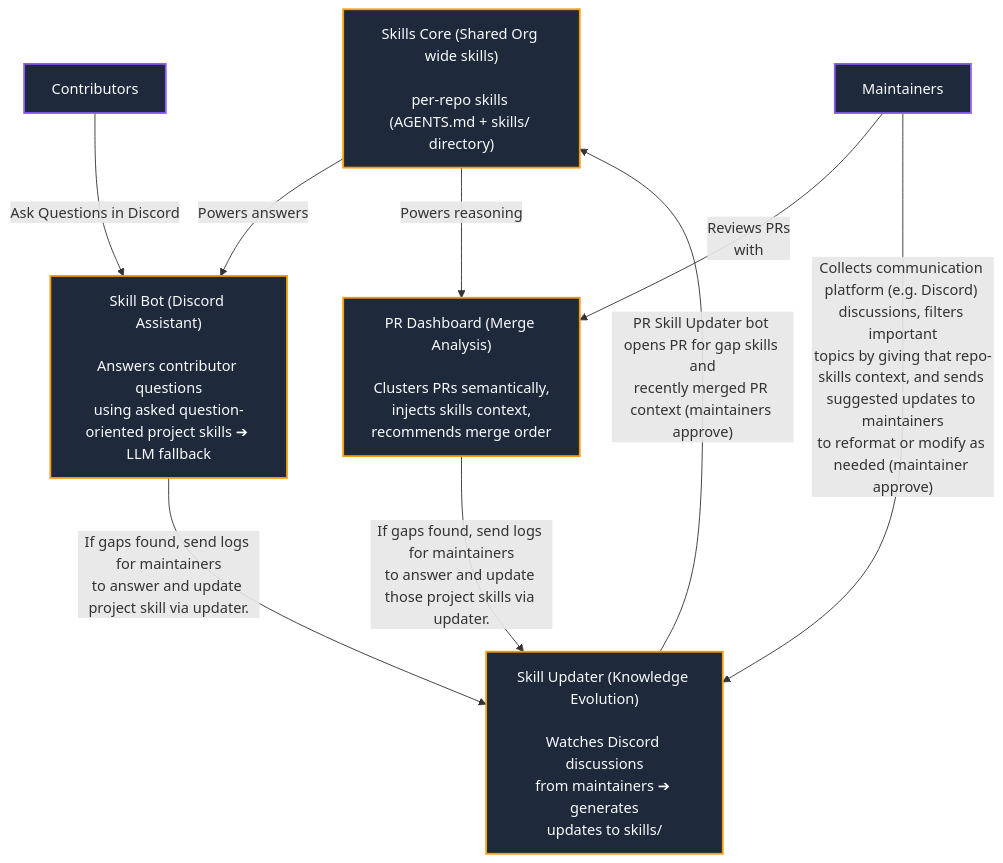
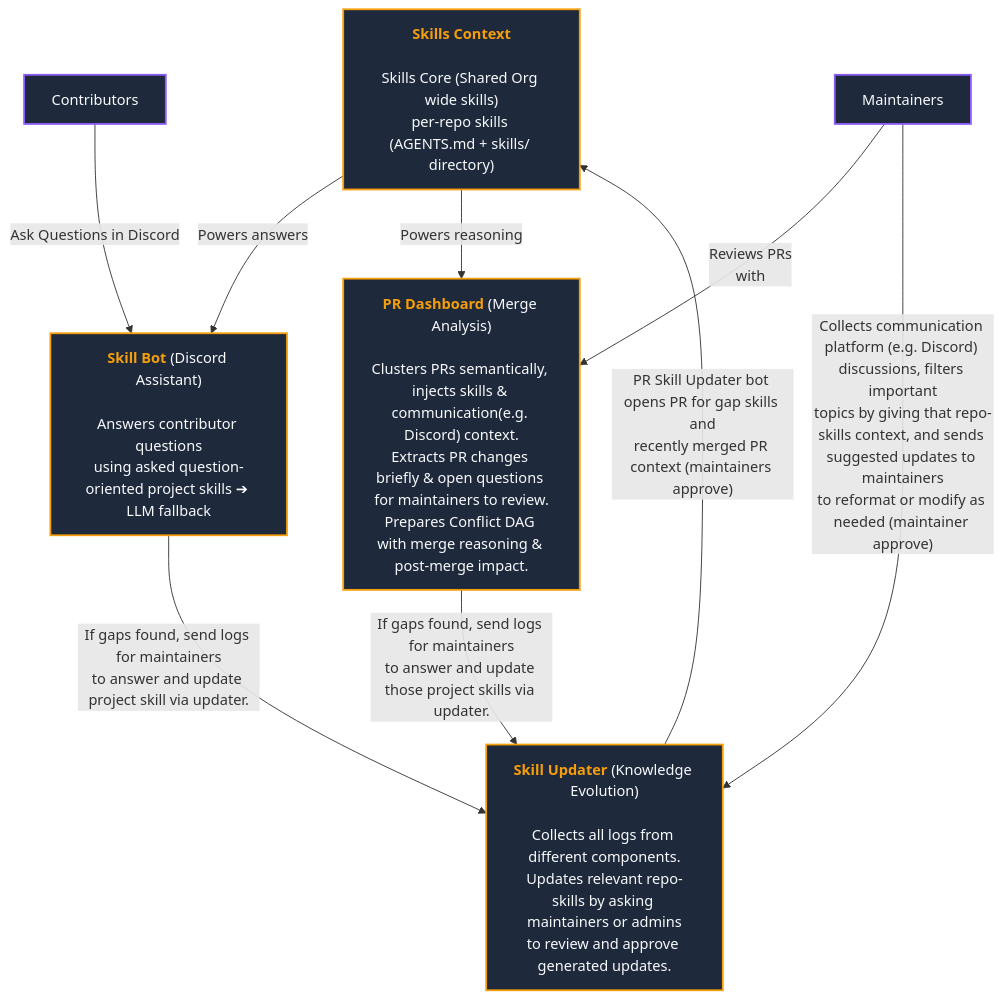
One commit to kpj2006/Skills changed the first of 2 diagrams in README.md. Above: the diagram before and after it, drawn with Mermaid.

Commit message:
more clarify the architecture diagram

````diff
--- a/README.md
+++ b/README.md
@@ -95,33 +95,33 @@
 ```mermaid
 flowchart TD
     %% Nodes
-    SC["Skills Core (Shared Org wide skills)<br><br>per-repo skills (AGENTS.md + skills/ directory)<br>"]
+    SC["<b><font color='#F59E0B'>Skills Context</font></b><br><br>Skills Core (Shared Org wide skills)<br>per-repo skills (AGENTS.md + skills/ directory)"]
     Contributors["Contributors"]
     Maintainers["Maintainers"]
     
-    SB["Skill Bot (Discord Assistant)<br><br>Answers contributor questions<br>using asked question-oriented project skills ➔ LLM fallback"]
-    PD["PR Dashboard (Merge Analysis)<br><br>Clusters PRs semantically,<br>injects skills context,<br>recommends merge order"]
-    SU["Skill Updater (Knowledge Evolution)<br><br>Watches Discord discussions<br>from maintainers ➔ generates<br>updates to skills/"]
+    SB["<b><font color='#F59E0B'>Skill Bot</font></b> (Discord Assistant)<br><br>Answers contributor questions<br>using asked question-oriented project skills ➔ LLM fallback"]
+    PD["<b><font color='#F59E0B'>PR Dashboard</font></b> (Merge Analysis)<br><br>Clusters PRs semantically, injects skills & communication(e.g. Discord) context.<br>Extracts PR changes briefly & open questions for maintainers to review.<br>Prepares Conflict DAG with merge reasoning & post-merge impact."]
+    SU["<b><font color='#F59E0B'>Skill Updater</font></b> (Knowledge Evolution)<br><br>Collects all logs from different components.<br>Updates relevant repo-skills by asking maintainers or admins<br>to review and approve generated updates."]
 
     %% Edges
     %% Contributor Flow
     Contributors -- "Ask Questions in Discord" --> SB
     SC -- "Powers answers" --> SB
     SB -- "If gaps found, send logs for maintainers<br>to answer and update project skill via updater." --> SU
 
     %% Maintainer Flow
     Maintainers -- "Reviews PRs<br>with" --> PD
     SC -- "Powers reasoning" --> PD
     PD -- "If gaps found, send logs for maintainers<br>to answer and update those project skills via updater." --> SU
 
     %% Feedback Loop & Sync
     Maintainers -- "Collects communication platform (e.g. Discord) discussions, filters important<br>topics by giving that repo-skills context, and sends suggested updates to maintainers<br>to reformat or modify as needed (maintainer approve)" --> SU
     SU -- "PR Skill Updater bot opens PR for gap skills and<br>recently merged PR context (maintainers approve)" --> SC
 
     %% Style Classes
     classDef yellowBox fill:#1E293B,stroke:#F59E0B,stroke-width:2px,color:#F8FAFC;
     classDef purpleBox fill:#1E293B,stroke:#8B5CF6,stroke-width:2px,color:#F8FAFC;
     
     class SC,SB,PD,SU yellowBox;
     class Contributors,Maintainers purpleBox;
 ```
````
